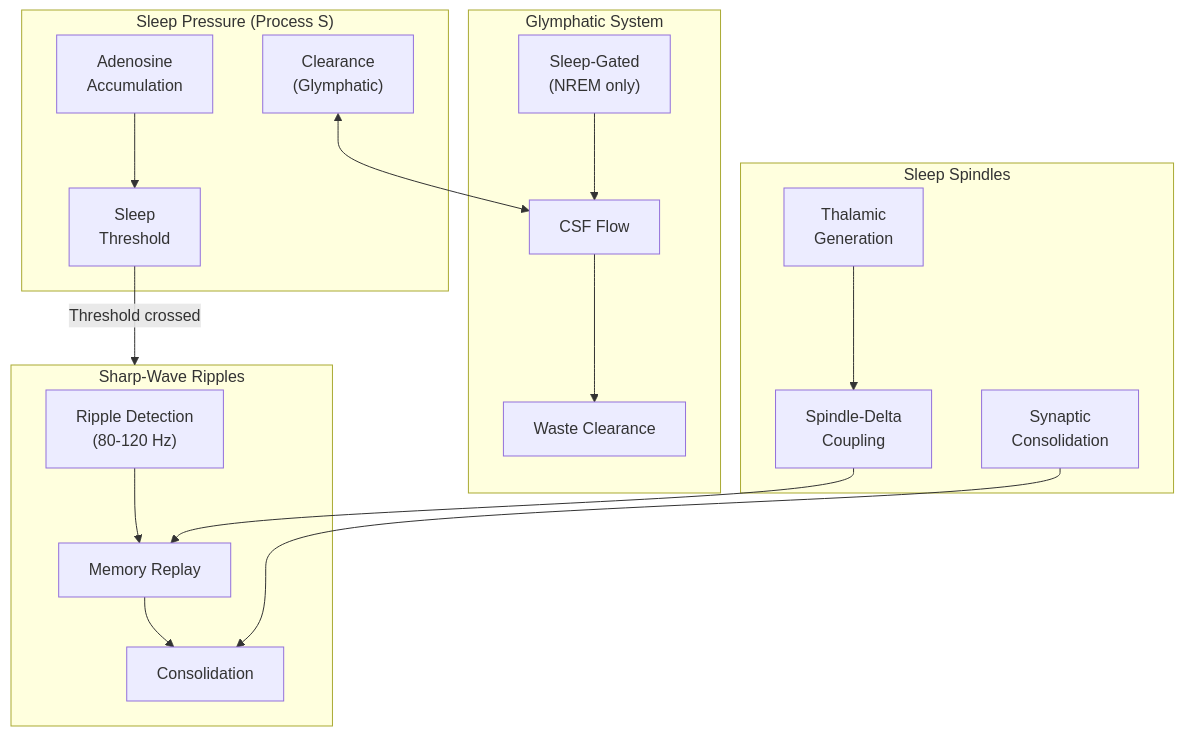
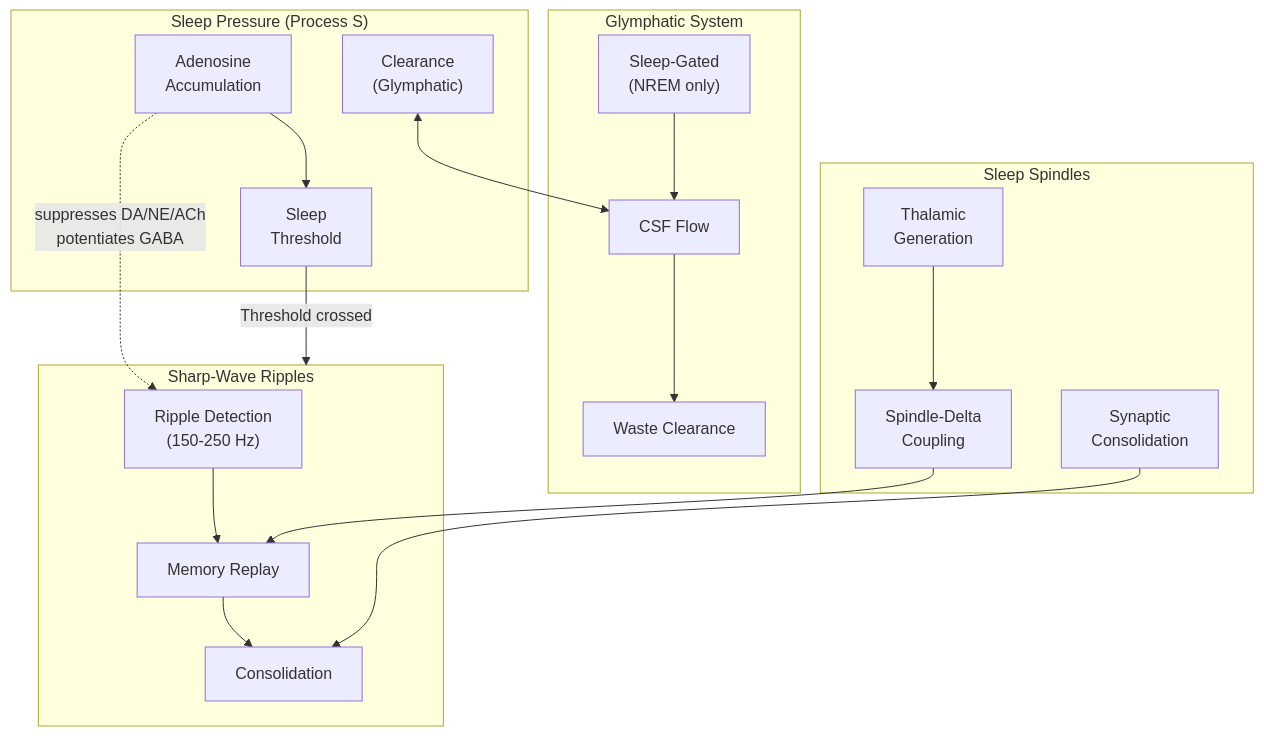
One commit to astoreyai/t4d changed the diagram in docs/diagrams/sleep_subsystems.mermaid. Above: the diagram before and after it, drawn with Mermaid. The commit also changed 71 other files, not shown here.

First line of the commit message:
Sync all diagrams to match code reality (42 atomic edits)

```diff
--- a/docs/diagrams/sleep_subsystems.mermaid
+++ b/docs/diagrams/sleep_subsystems.mermaid
@@ -1,36 +1,37 @@
 flowchart TB
     subgraph Adenosine["Sleep Pressure (Process S)"]
         AD_ACC["Adenosine<br/>Accumulation"]
         AD_THR["Sleep<br/>Threshold"]
         AD_CLR["Clearance<br/>(Glymphatic)"]
     end
 
     subgraph SWR["Sharp-Wave Ripples"]
-        SWR_DET["Ripple Detection<br/>(80-120 Hz)"]
+        SWR_DET["Ripple Detection<br/>(150-250 Hz)"]
         SWR_REP["Memory Replay"]
         SWR_CON["Consolidation"]
     end
 
     subgraph Glymphatic["Glymphatic System"]
         GLY_FLOW["CSF Flow"]
         GLY_WASTE["Waste Clearance"]
         GLY_GATE["Sleep-Gated<br/>(NREM only)"]
     end
 
     subgraph Spindles["Sleep Spindles"]
         SP_GEN["Thalamic<br/>Generation"]
         SP_COUP["Spindle-Delta<br/>Coupling"]
         SP_MEM["Synaptic<br/>Consolidation"]
     end
 
     AD_ACC --> AD_THR
     AD_THR -->|"Threshold crossed"| SWR
+    AD_ACC -.->|"suppresses DA/NE/ACh<br/>potentiates GABA"| SWR_DET
     SWR_DET --> SWR_REP --> SWR_CON
 
     AD_CLR <--> GLY_FLOW
     GLY_FLOW --> GLY_WASTE
     GLY_GATE --> GLY_FLOW
 
     SP_GEN --> SP_COUP
     SP_COUP --> SWR_REP
     SP_MEM --> SWR_CON
```
